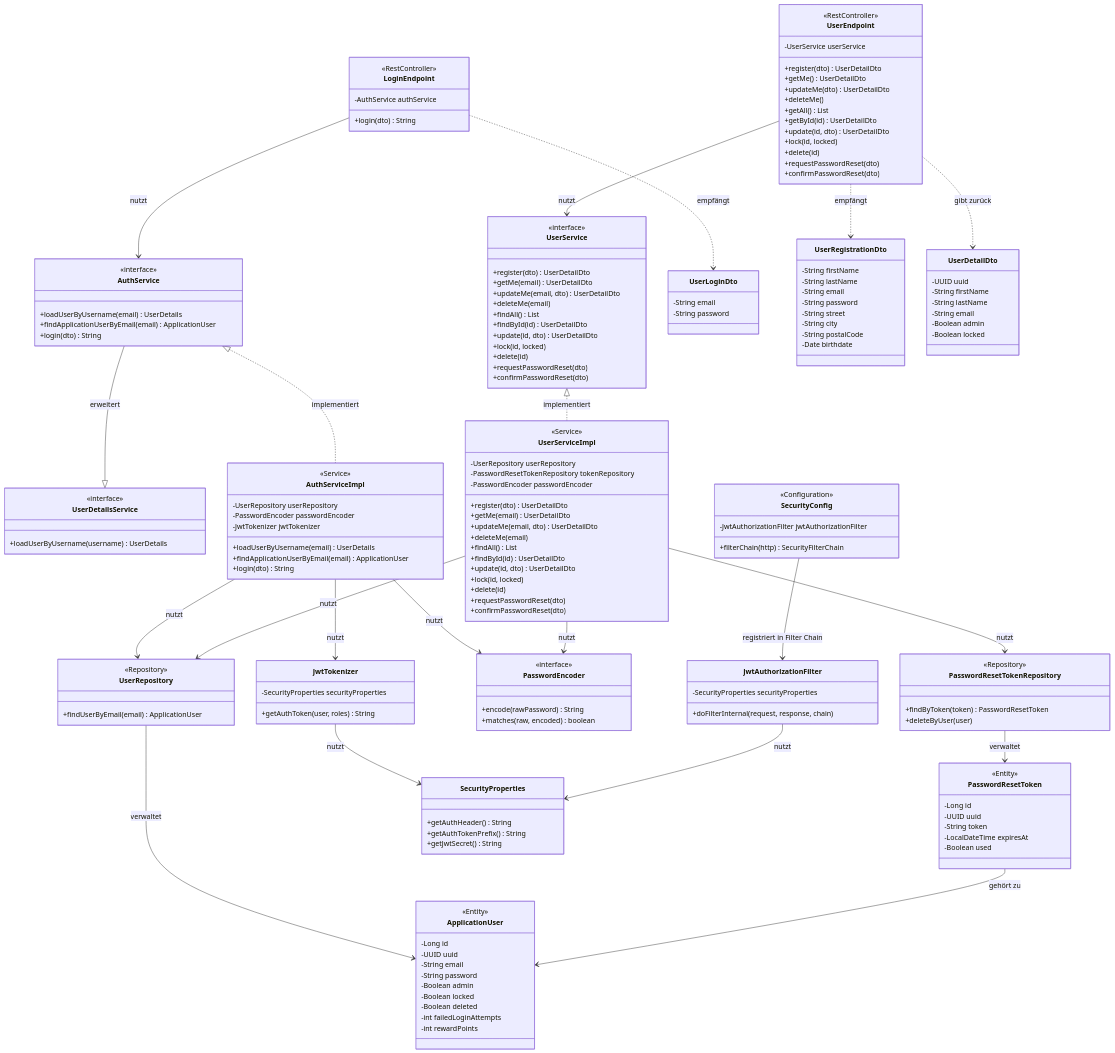
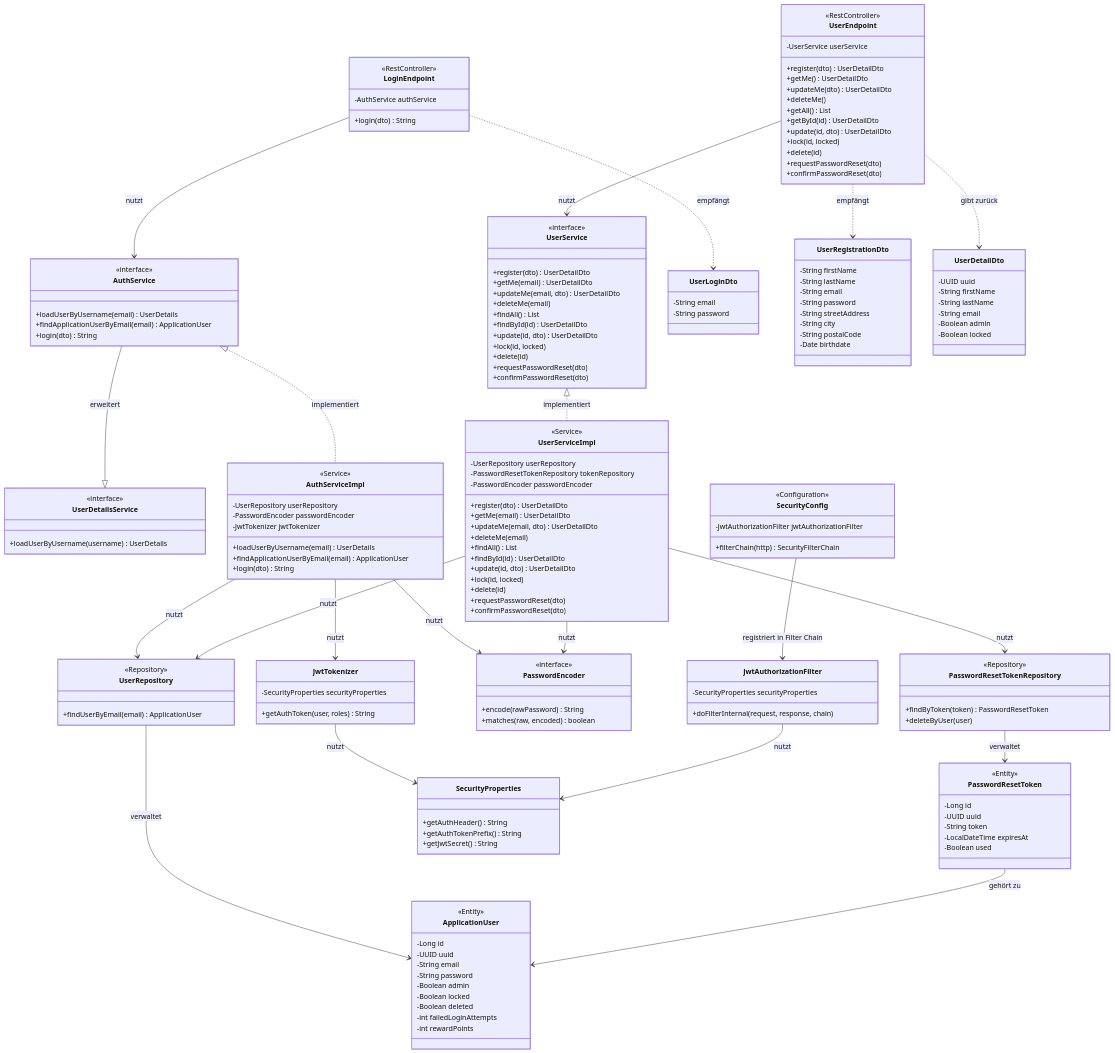
Before and after one commit to Kyrie-Jin/SE-Projekt: the second of 2 diagrams in Konzept/Designdokument.md, drawn with Mermaid. The commit also changed other lines of this file and 16 other files, not shown here.

```diff
--- a/Konzept/Designdokument.md
+++ b/Konzept/Designdokument.md
@@ -221,7 +221,7 @@
         -String lastName
         -String email
         -String password
-        -String street
+        -String streetAddress
         -String city
         -String postalCode
         -Date birthdate
```
